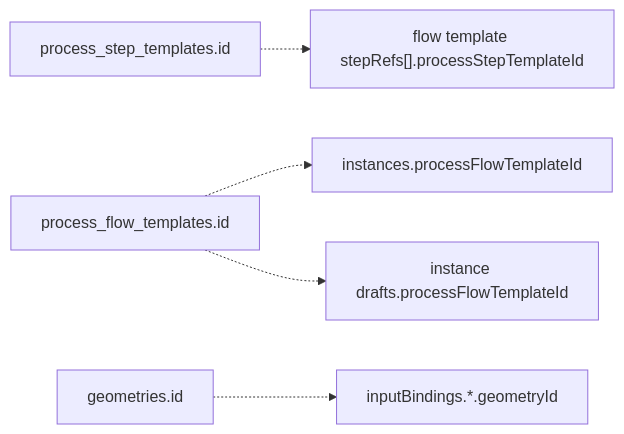
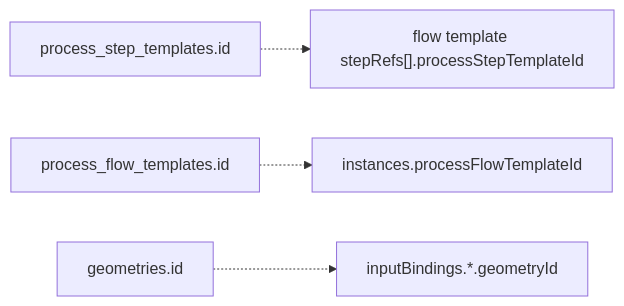
The diagram in docs/reference/persistence.md (henry861010/process_flow_v2), drawn with Mermaid before and after one commit. The commit also changed other lines of this file and 82 other files, not shown here.

````diff
--- a/docs/reference/persistence.md
+++ b/docs/reference/persistence.md
@@ -137,7 +129,6 @@
 ```mermaid
 flowchart LR
   ST["process_step_templates.id"] -.-> SR["flow template stepRefs[].processStepTemplateId"]
   FT["process_flow_templates.id"] -.-> FI["instances.processFlowTemplateId"]
-  FT -.-> ID["instance drafts.processFlowTemplateId"]
   GE["geometries.id"] -.-> IB["inputBindings.*.geometryId"]
 ```
````
